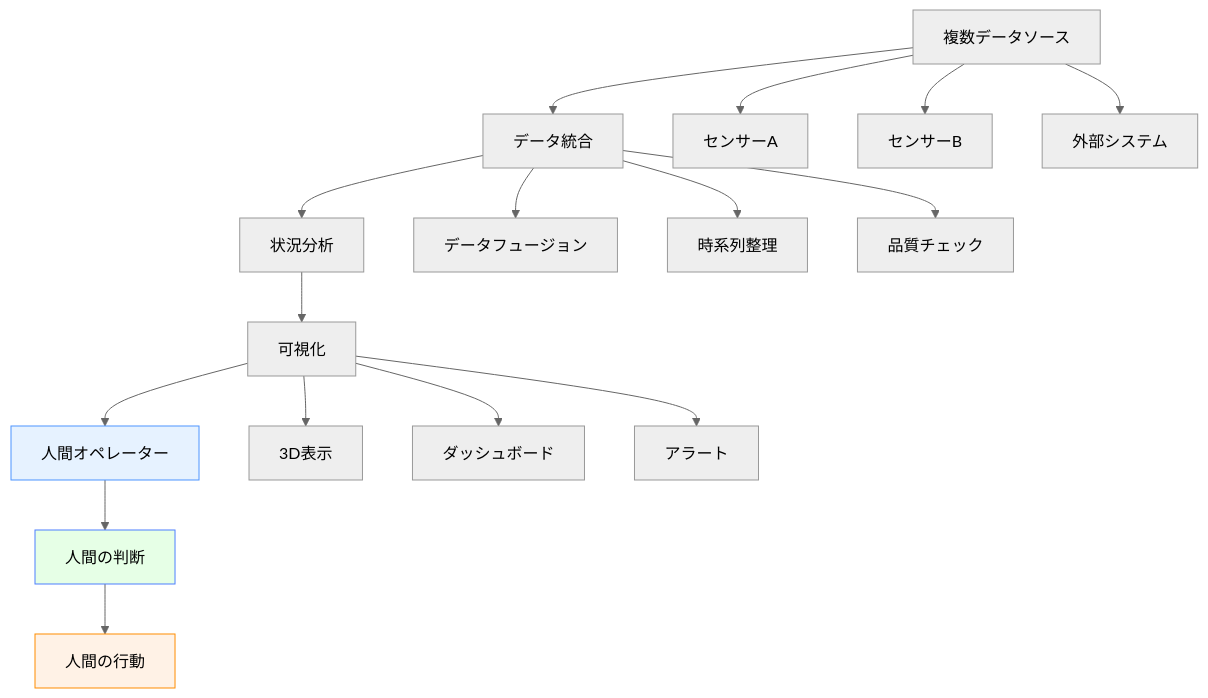
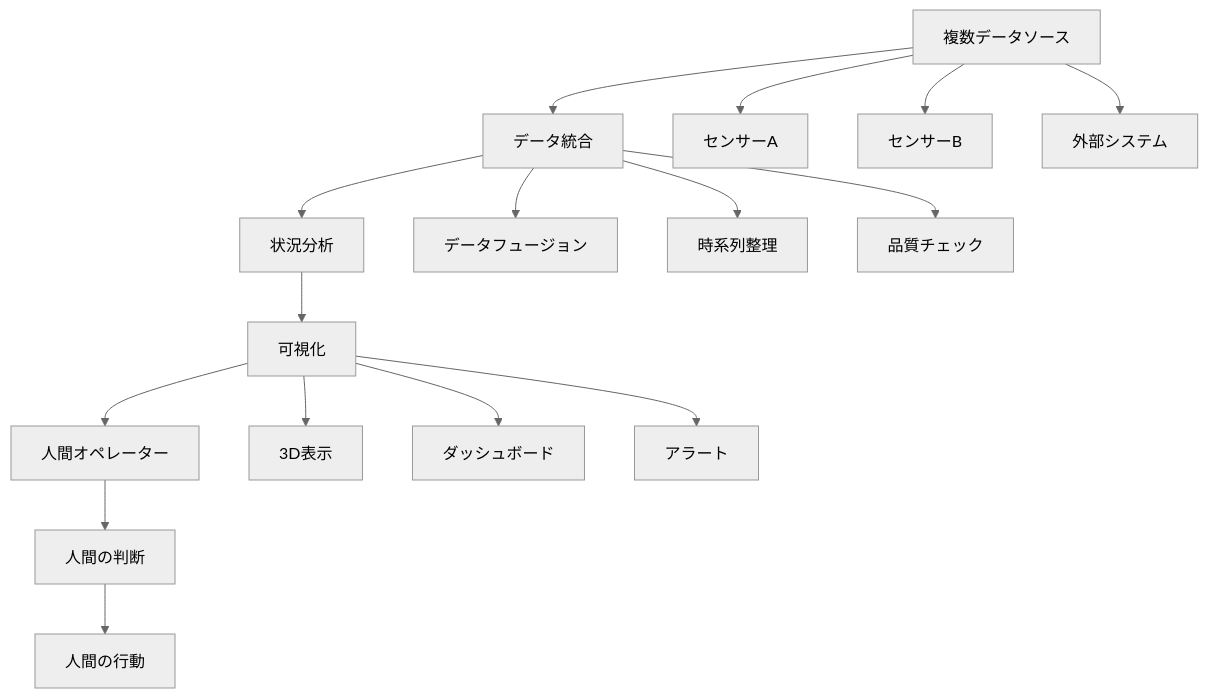
The second of 3 diagrams in docs/software/sa-vs-dm-systems.md (shuji-bonji/Situational-Awareness-and-Decision-Making), drawn with Mermaid (neutral theme) before and after one commit. The commit also changed other lines of this file and 49 other files, not shown here.

Commit message:
fix: ダークモードで見づらい図の色の変更

````diff
--- a/docs/software/sa-vs-dm-systems.md
+++ b/docs/software/sa-vs-dm-systems.md
@@ -179,25 +179,25 @@
 ```mermaid
 graph TD
     A[複数データソース] --> B[データ統合]
     B --> C[状況分析]
     C --> D[可視化]
     D --> E[人間オペレーター]
     E --> F[人間の判断]
     F --> G[人間の行動]
     
     A --> A1[センサーA]
     A --> A2[センサーB]
     A --> A3[外部システム]
     
     B --> B1[データフュージョン]
     B --> B2[時系列整理]
     B --> B3[品質チェック]
     
     D --> D1[3D表示]
     D --> D2[ダッシュボード]
     D --> D3[アラート]
     
-    style E fill:#e6f2ff,stroke:#4d94ff
-    style F fill:#e6ffe6,stroke:#4d7fff
-    style G fill:#fff2e6,stroke:#ff8c00
+
+
+
 ```
````
